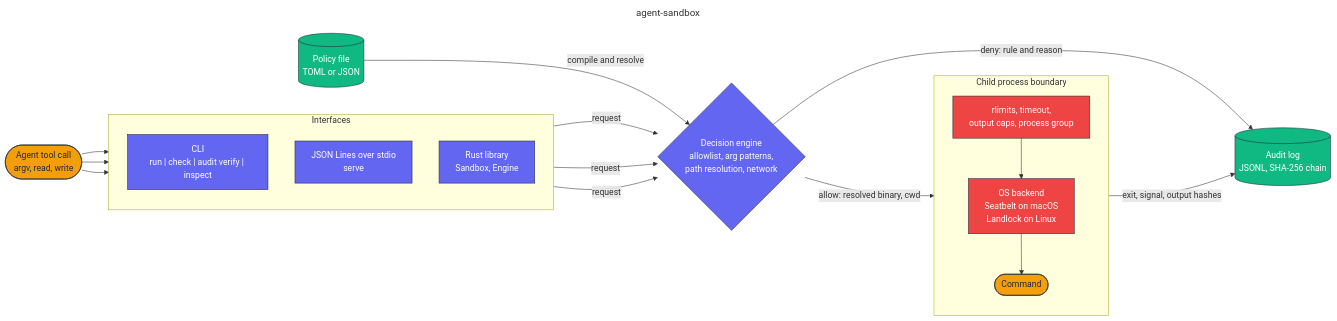
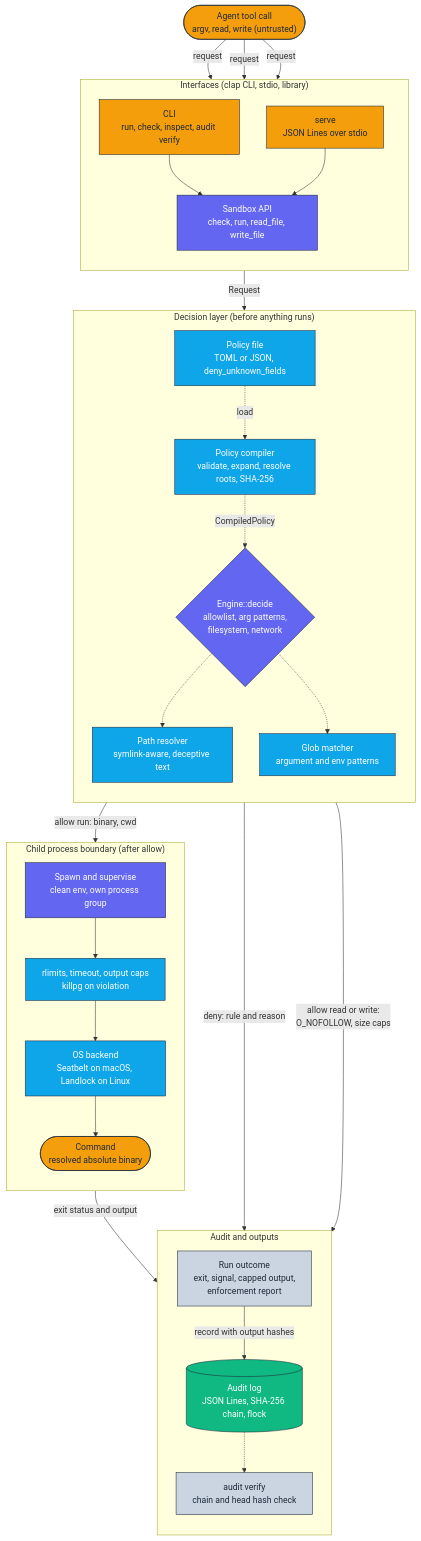
The diagram in docs/architecture/architecture.mmd (adeoluo/agent-sandbox), drawn with Mermaid before and after one commit. The commit also changed 2 other files, not shown here.

Commit message:
docs: vertical layered architecture diagram

```diff
--- a/docs/architecture/architecture.mmd
+++ b/docs/architecture/architecture.mmd
@@ -1,37 +1,59 @@
----
-title: agent-sandbox
----
-flowchart LR
-    classDef external fill:#F59E0B,stroke:#1E293B,color:#1E293B,stroke-width:1px;
+flowchart TD
+    classDef edge     fill:#F59E0B,stroke:#1E293B,color:#1E293B,stroke-width:1px;
     classDef core     fill:#6366F1,stroke:#1E293B,color:#ffffff,stroke-width:1px;
     classDef data     fill:#10B981,stroke:#1E293B,color:#ffffff,stroke-width:1px;
-    classDef danger   fill:#EF4444,stroke:#1E293B,color:#ffffff,stroke-width:1px;
+    classDef control  fill:#0EA5E9,stroke:#1E293B,color:#ffffff,stroke-width:1px;
+    classDef obs      fill:#CBD5E1,stroke:#1E293B,color:#1E293B,stroke-width:1px;
 
-    Agent([Agent tool call<br/>argv, read, write]):::external
-    Policy[(Policy file<br/>TOML or JSON)]:::data
+    Agent(["Agent tool call<br/>argv, read, write (untrusted)"]):::edge
 
-    subgraph Front["Interfaces"]
+    subgraph Interfaces["Interfaces (clap CLI, stdio, library)"]
         direction TB
-        CLI["CLI<br/>run | check | audit verify | inspect"]:::core
-        Stdio["JSON Lines over stdio<br/>serve"]:::core
-        Lib["Rust library<br/>Sandbox, Engine"]:::core
+        CLI["CLI<br/>run, check, inspect, audit verify"]:::edge
+        Stdio["serve<br/>JSON Lines over stdio"]:::edge
+        Lib["Sandbox API<br/>check, run, read_file, write_file"]:::core
     end
 
-    Engine{"Decision engine<br/>allowlist, arg patterns,<br/>path resolution, network"}:::core
-
-    subgraph Boundary["Child process boundary"]
+    subgraph Decision["Decision layer (before anything runs)"]
         direction TB
-        Limits["rlimits, timeout,<br/>output caps, process group"]:::danger
-        OS["OS backend<br/>Seatbelt on macOS<br/>Landlock on Linux"]:::danger
-        Child(["Command"]):::external
+        PolicyFile["Policy file<br/>TOML or JSON, deny_unknown_fields"]:::control
+        Compile["Policy compiler<br/>validate, expand, resolve roots, SHA-256"]:::control
+        Engine{"Engine::decide<br/>allowlist, arg patterns,<br/>filesystem, network"}:::core
+        Paths["Path resolver<br/>symlink-aware, deceptive text"]:::control
+        Patterns["Glob matcher<br/>argument and env patterns"]:::control
     end
 
-    Audit[(Audit log<br/>JSONL, SHA-256 chain)]:::data
+    subgraph Boundary["Child process boundary (after allow)"]
+        direction TB
+        Supervisor["Spawn and supervise<br/>clean env, own process group"]:::core
+        Limits["rlimits, timeout, output caps<br/>killpg on violation"]:::control
+        OS["OS backend<br/>Seatbelt on macOS, Landlock on Linux"]:::control
+        Child(["Command<br/>resolved absolute binary"]):::edge
+    end
 
-    Agent --> CLI & Stdio & Lib
-    Policy -->|compile and resolve| Engine
-    CLI & Stdio & Lib -->|request| Engine
+    subgraph Outputs["Audit and outputs"]
+        direction TB
+        Audit[("Audit log<br/>JSON Lines, SHA-256 chain, flock")]:::data
+        Outcome["Run outcome<br/>exit, signal, capped output,<br/>enforcement report"]:::obs
+        Verify["audit verify<br/>chain and head hash check"]:::obs
+    end
+
+    Agent -->|request| CLI
+    Agent -->|request| Stdio
+    Agent -->|request| Lib
+    CLI --> Lib
+    Stdio --> Lib
+    PolicyFile -.->|load| Compile
+    Compile -.->|CompiledPolicy| Engine
+    Lib -->|Request| Engine
+    Engine -.-> Paths
+    Engine -.-> Patterns
     Engine -->|deny: rule and reason| Audit
-    Engine -->|allow: resolved binary, cwd| Limits
-    Limits --> OS --> Child
-    Child -->|exit, signal, output hashes| Audit
+    Engine -->|allow run: binary, cwd| Supervisor
+    Engine -->|allow read or write:<br/>O_NOFOLLOW, size caps| Outcome
+    Supervisor --> Limits
+    Limits --> OS
+    OS --> Child
+    Child -->|exit status and output| Outcome
+    Outcome -->|record with output hashes| Audit
+    Audit -.-> Verify
```
